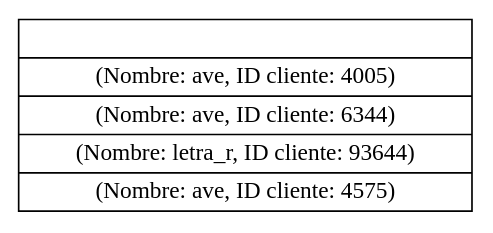
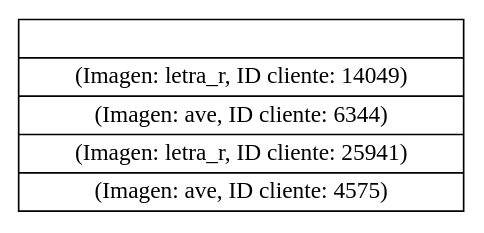
Before and after one commit to K-Giron/EDD_VJ1S2023_PY_202010844: the diagram in reportes/pila.dot, drawn with Graphviz. The commit also changed 8 other files, not shown here.

```diff
--- a/reportes/pila.dot
+++ b/reportes/pila.dot
@@ -1,4 +1,4 @@
 digraph pila{
 rankdir=LR;
-node[shape = record]nodo0 [label="|(Nombre: ave, ID cliente: 4005)|(Nombre: ave, ID cliente: 6344)|(Nombre: letra_r, ID cliente: 93644)|(Nombre: ave, ID cliente: 4575)"]; 
+node[shape = record]nodo0 [label="|(Imagen: letra_r, ID cliente: 14049)|(Imagen: ave, ID cliente: 6344)|(Imagen: letra_r, ID cliente: 25941)|(Imagen: ave, ID cliente: 4575)"]; 
 }
```
